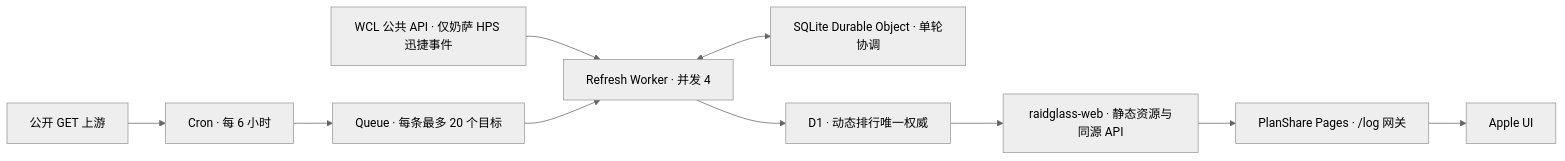
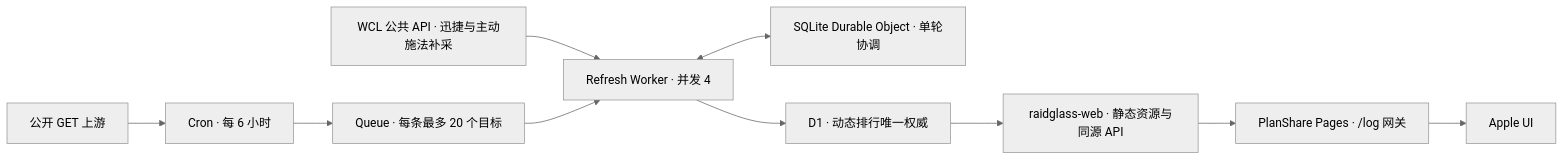
Before and after one commit to RuofanYou/planshare-stt: the diagram in RaidGlass/docs/production-architecture.md, drawn with Mermaid (neutral theme). The commit also changed other lines of this file and 38 other files, not shown here.

````diff
--- a/RaidGlass/docs/production-architecture.md
+++ b/RaidGlass/docs/production-architecture.md
@@ -5,12 +5,12 @@
 ```mermaid
 flowchart LR
   UPSTREAM["公开 GET 上游"] --> CRON["Cron · 每 6 小时"]
-  WCL["WCL 公共 API · 仅奶萨 HPS 迅捷事件"] --> WORKER
+  WCL["WCL 公共 API · 迅捷与主动施法补采"] --> WORKER
   CRON --> QUEUE["Queue · 每条最多 20 个目标"]
   QUEUE --> WORKER["Refresh Worker · 并发 4"]
   WORKER <--> DO["SQLite Durable Object · 单轮协调"]
   WORKER --> D1["D1 · 动态排行唯一权威"]
   D1 --> WEB["raidglass-web · 静态资源与同源 API"]
   WEB --> GATEWAY["PlanShare Pages · /log 网关"]
   GATEWAY --> UI["Apple UI"]
 ```
````
